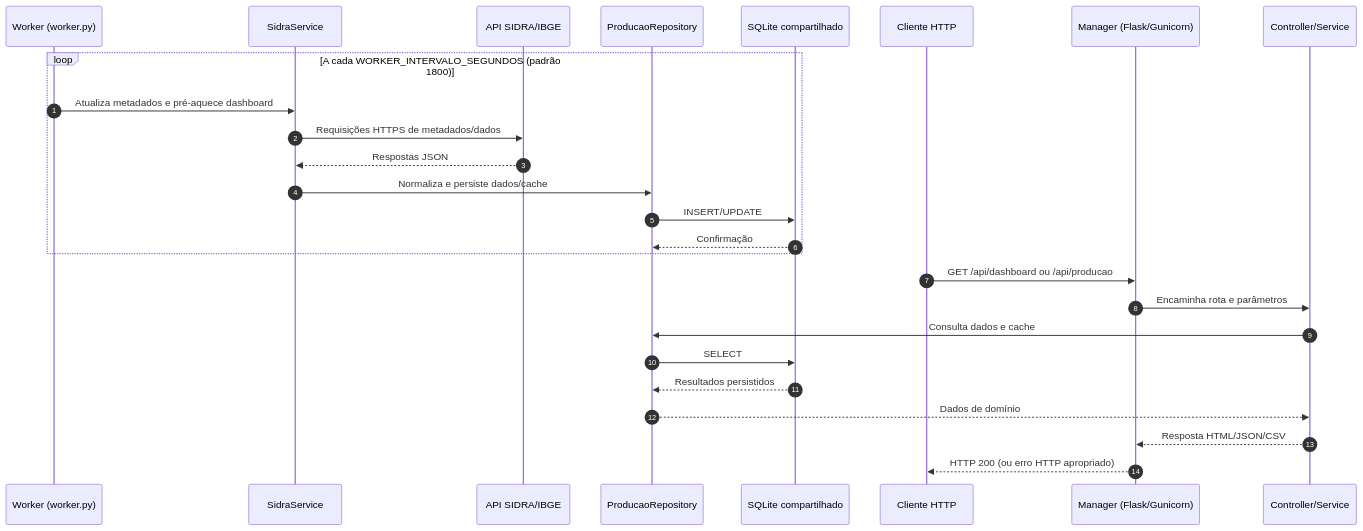
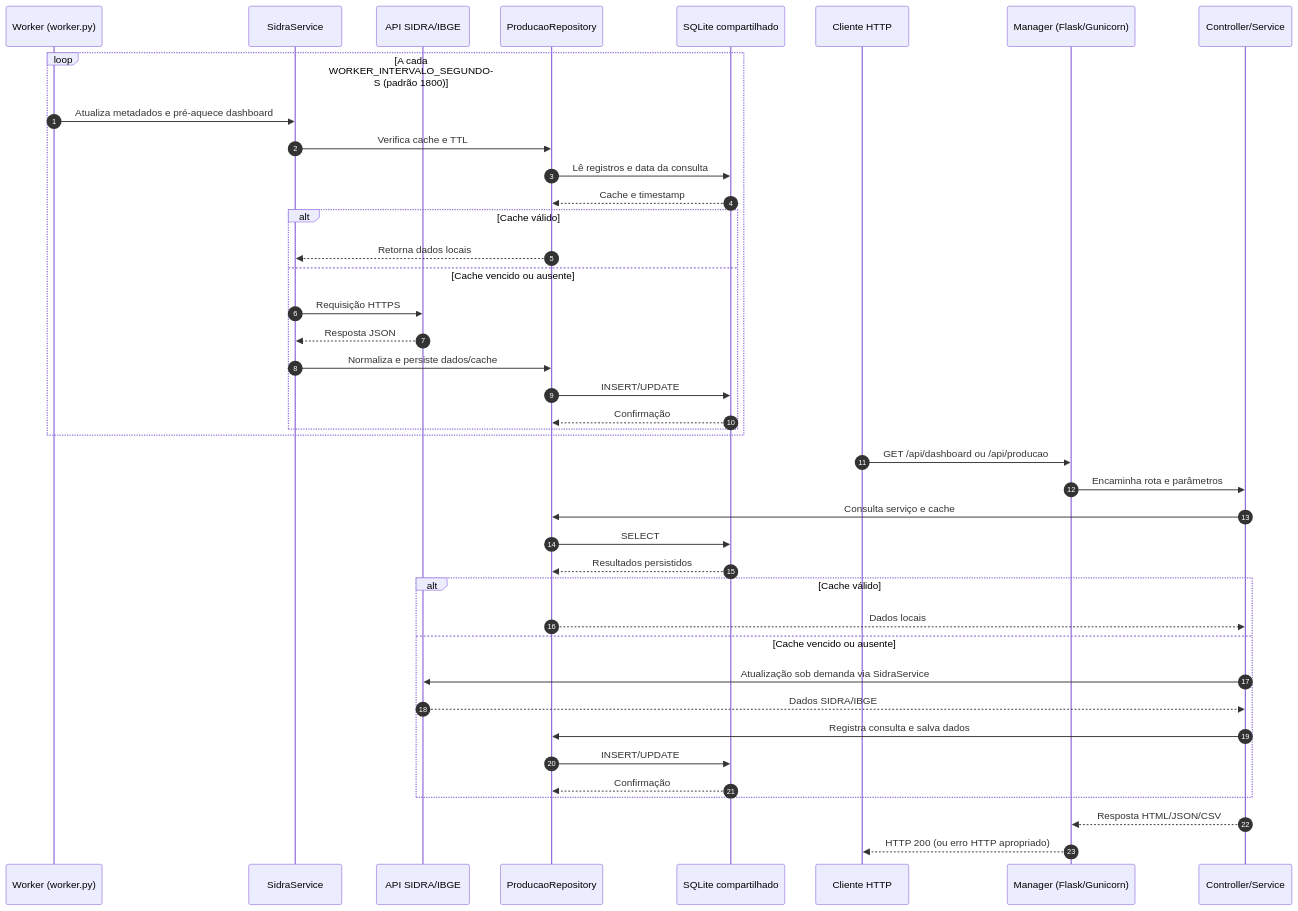
One commit to DomTobias/LSPA_System changed the third of 3 diagrams in README.md. Above: the diagram before and after it, drawn with Mermaid. The commit also changed other lines of this file, not shown here.

````diff
--- a/README.md
+++ b/README.md
@@ -336,30 +341,45 @@
 ```mermaid
 sequenceDiagram
     autonumber
     participant W as Worker (worker.py)
     participant S as SidraService
     participant API as API SIDRA/IBGE
     participant R as ProducaoRepository
     participant DB as SQLite compartilhado
     participant U as Cliente HTTP
     participant M as Manager (Flask/Gunicorn)
     participant C as Controller/Service
 
     loop A cada WORKER_INTERVALO_SEGUNDOS (padrão 1800)
         W->>S: Atualiza metadados e pré-aquece dashboard
-        S->>API: Requisições HTTPS de metadados/dados
-        API-->>S: Respostas JSON
-        S->>R: Normaliza e persiste dados/cache
-        R->>DB: INSERT/UPDATE
-        DB-->>R: Confirmação
+        S->>R: Verifica cache e TTL
+        R->>DB: Lê registros e data da consulta
+        DB-->>R: Cache e timestamp
+        alt Cache válido
+            R-->>S: Retorna dados locais
+        else Cache vencido ou ausente
+            S->>API: Requisição HTTPS
+            API-->>S: Resposta JSON
+            S->>R: Normaliza e persiste dados/cache
+            R->>DB: INSERT/UPDATE
+            DB-->>R: Confirmação
+        end
     end
 
     U->>M: GET /api/dashboard ou /api/producao
     M->>C: Encaminha rota e parâmetros
-    C->>R: Consulta dados e cache
+    C->>R: Consulta serviço e cache
     R->>DB: SELECT
     DB-->>R: Resultados persistidos
-    R-->>C: Dados de domínio
+    alt Cache válido
+        R-->>C: Dados locais
+    else Cache vencido ou ausente
+        C->>API: Atualização sob demanda via SidraService
+        API-->>C: Dados SIDRA/IBGE
+        C->>R: Registra consulta e salva dados
+        R->>DB: INSERT/UPDATE
+        DB-->>R: Confirmação
+    end
     C-->>M: Resposta HTML/JSON/CSV
     M-->>U: HTTP 200 (ou erro HTTP apropriado)
 ```
````
